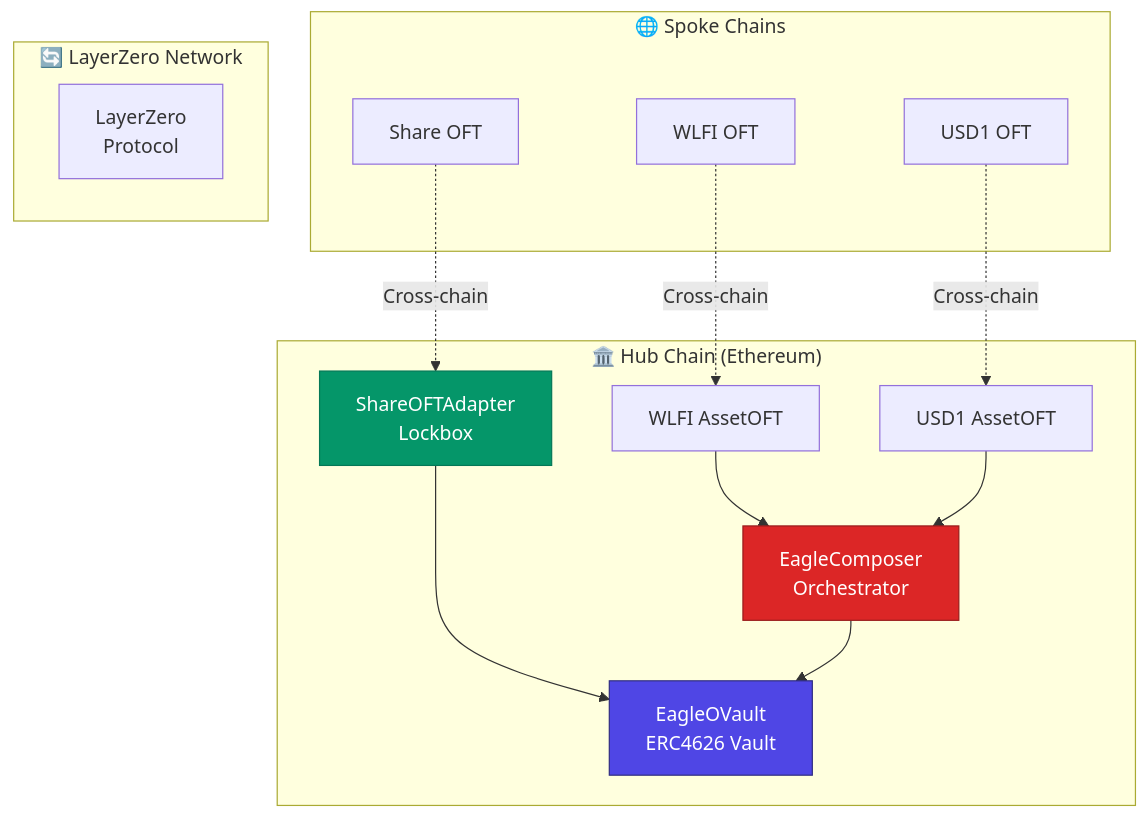
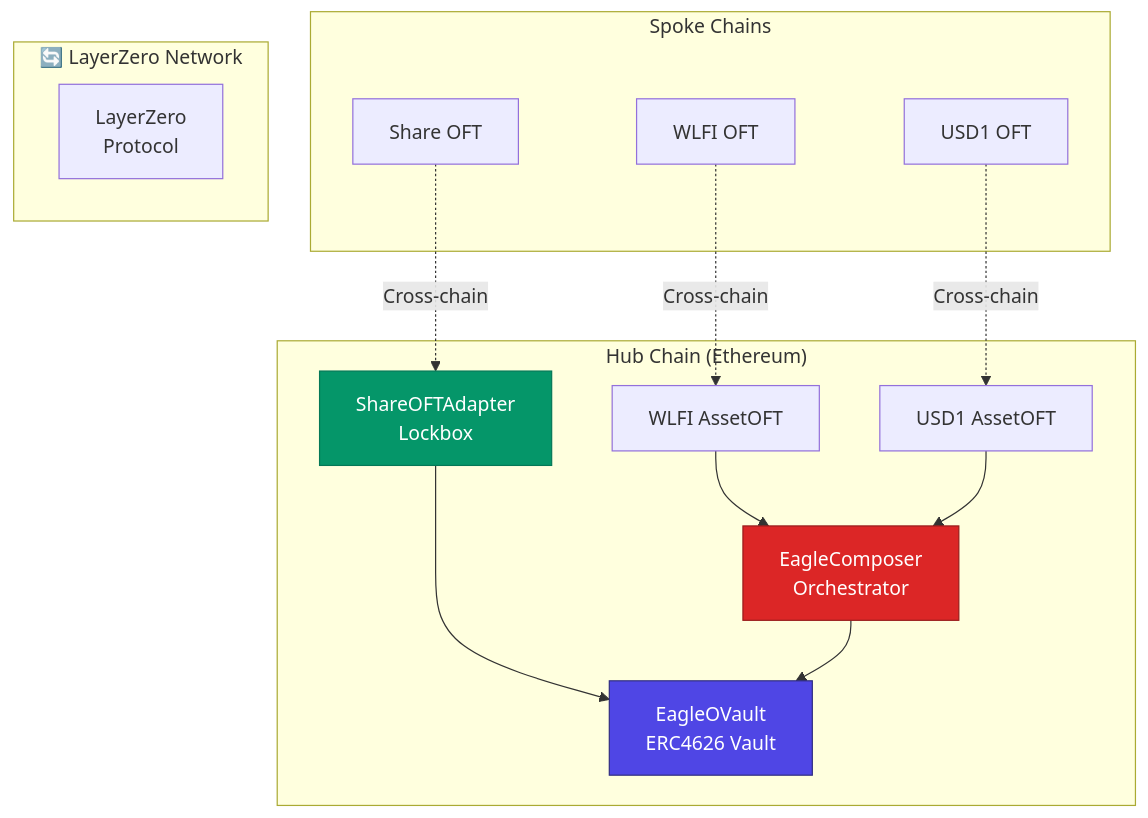
One commit to 47-Eagle/docs changed the diagram in docs/dev/overview.md. Above: the diagram before and after it, drawn with Mermaid. The commit also changed other lines of this file and 3 other files, not shown here.

````diff
--- a/docs/dev/overview.md
+++ b/docs/dev/overview.md
@@ -26,33 +26,33 @@
 ```mermaid
 graph TB
-    subgraph "🏛️ Hub Chain (Ethereum)"
+    subgraph "Hub Chain (Ethereum)"
         EV[EagleOVault<br/>ERC4626 Vault]
         SA[ShareOFTAdapter<br/>Lockbox]
         EC[EagleComposer<br/>Orchestrator]
         WA[WLFI AssetOFT]
         UA[USD1 AssetOFT]
     end
     
-    subgraph "🌐 Spoke Chains"
+    subgraph "Spoke Chains"
         SO[Share OFT]
         WO[WLFI OFT]
         UO[USD1 OFT]
     end
     
     subgraph "🔄 LayerZero Network"
         LZ[LayerZero<br/>Protocol]
     end
     
     SO -.->|Cross-chain| SA
     WO -.->|Cross-chain| WA
     UO -.->|Cross-chain| UA
     
     SA --> EV
     EC --> EV
     WA --> EC
     UA --> EC
     
     style EV fill:#4f46e5,stroke:#312e81,color:#fff
     style SA fill:#059669,stroke:#047857,color:#fff
     style EC fill:#dc2626,stroke:#991b1b,color:#fff
 ```
````
